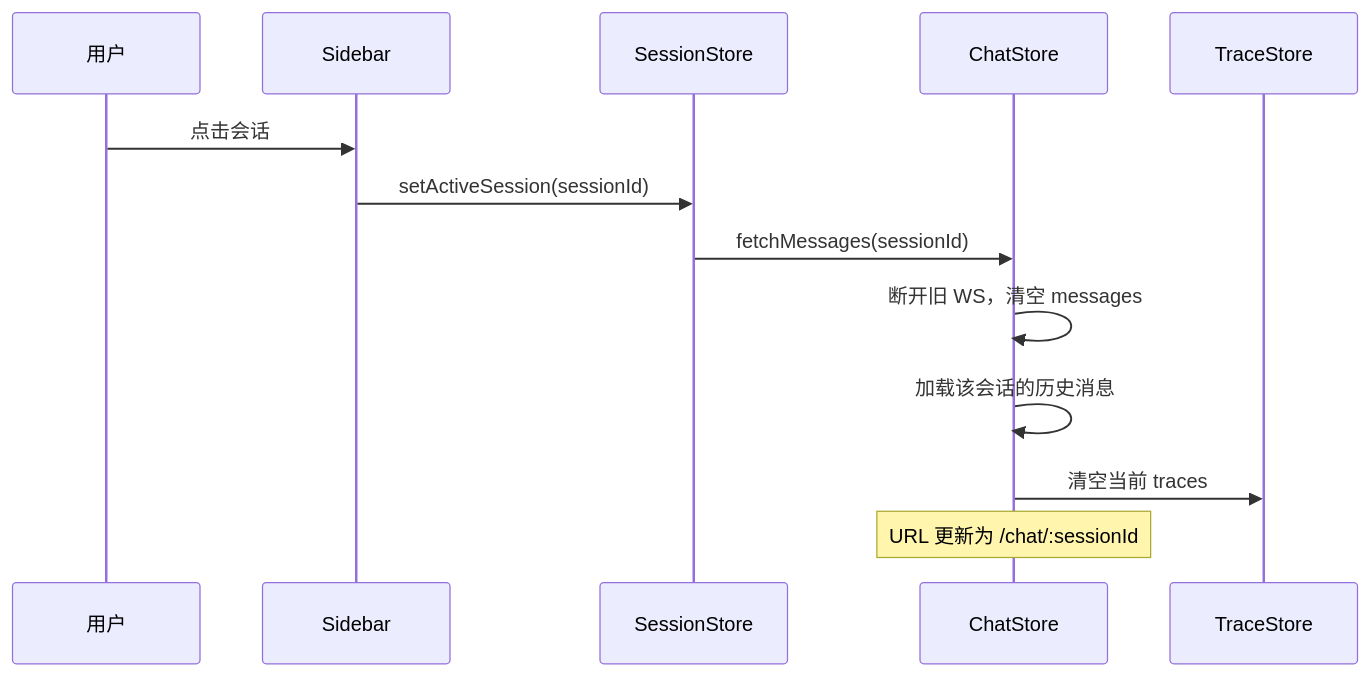
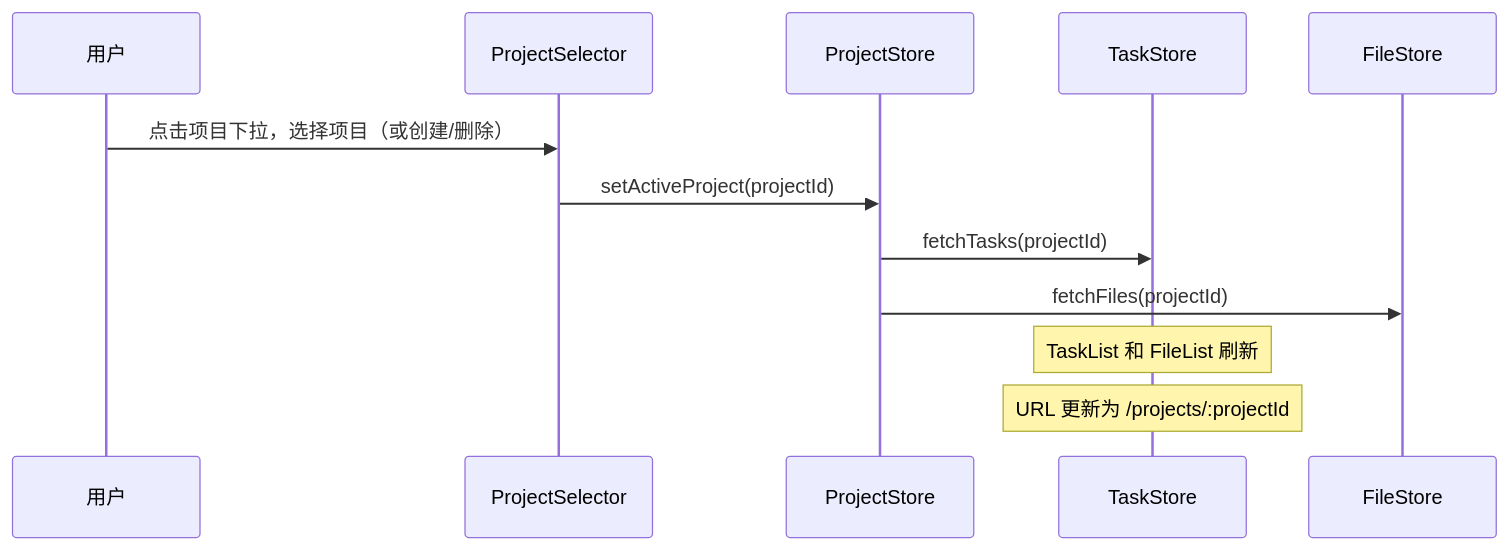
Before and after one commit to SongyouZhong/aidd-agent: the second of 2 diagrams in docs/前端设计文档.md, drawn with Mermaid. The commit also changed other lines of this file and 19 other files, not shown here.

Commit message:
feat: add chat, file, and trace services with streaming LLM support and session-based message management

````diff
--- a/docs/前端设计文档.md
+++ b/docs/前端设计文档.md
@@ -347,16 +555,15 @@
 ```mermaid
 sequenceDiagram
     participant U as 用户
-    participant SB as Sidebar
-    participant SS as SessionStore
-    participant CS as ChatStore
-    participant TS as TraceStore
+    participant PP as ProjectSelector
+    participant PJS as ProjectStore
+    participant TS as TaskStore
+    participant FS as FileStore
 
-    U->>SB: 点击会话
-    SB->>SS: setActiveSession(sessionId)
-    SS->>CS: fetchMessages(sessionId)
-    CS->>CS: 断开旧 WS，清空 messages
-    CS->>CS: 加载该会话的历史消息
-    CS->>TS: 清空当前 traces
-    Note over CS: URL 更新为 /chat/:sessionId
+    U->>PP: 点击项目下拉，选择项目（或创建/删除）
+    PP->>PJS: setActiveProject(projectId)
+    PJS->>TS: fetchTasks(projectId)
+    PJS->>FS: fetchFiles(projectId)
+    Note over TS: TaskList 和 FileList 刷新
+    Note over TS: URL 更新为 /projects/:projectId
 ```
````
